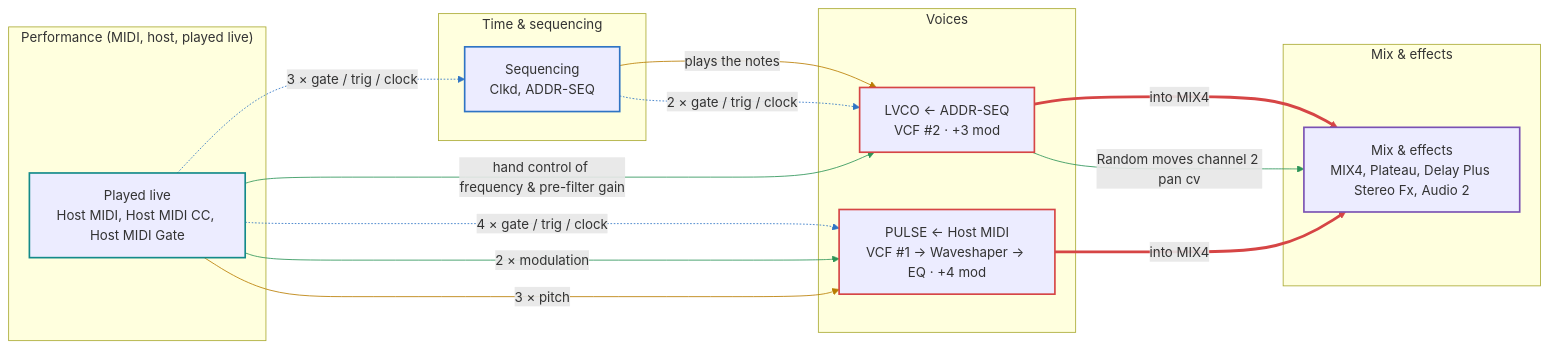
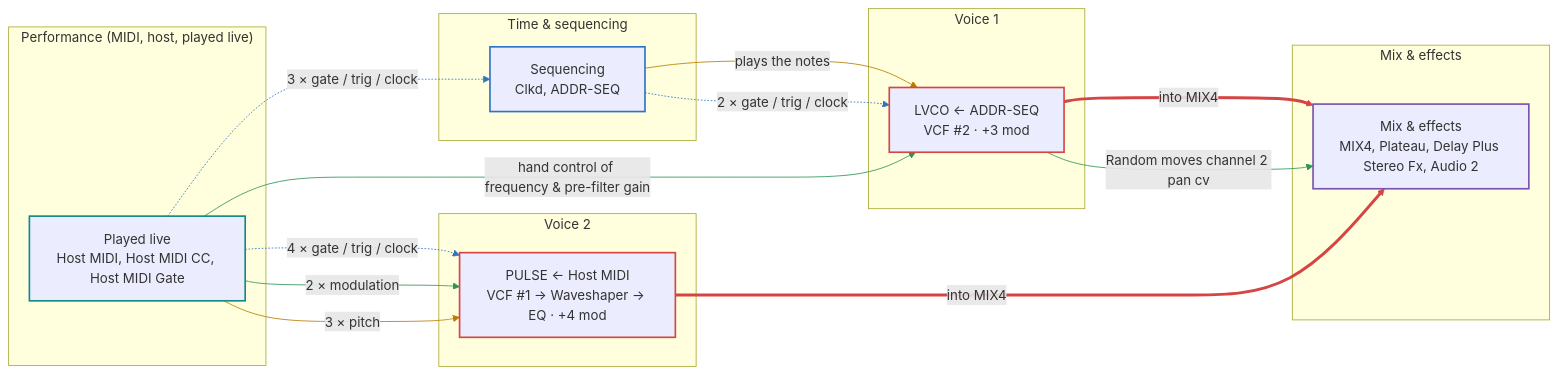
One commit to neilbgr/VcvPatchTools changed the diagram in README.md. Above: the diagram before and after it, drawn with Mermaid. The commit also changed other lines of this file and 14 other files, not shown here.

````diff
--- a/README.md
+++ b/README.md
@@ -32,46 +32,48 @@
 ```mermaid
 flowchart LR
   subgraph b0["Performance (MIDI, host, played live)"]
     n_g_external["Played live<br/>Host MIDI, Host MIDI CC, Host MIDI Gate"]:::performance
   end
   subgraph b1["Time & sequencing"]
     n_g_time["Sequencing<br/>Clkd, ADDR-SEQ"]:::time
   end
-  subgraph b2["Voices"]
+  subgraph b2["Voice 1"]
     n_g_voice_1["LVCO ← ADDR-SEQ<br/>VCF #2 · +3 mod"]:::source
+  end
+  subgraph b3["Voice 2"]
     n_g_voice_2["PULSE ← Host MIDI<br/>VCF #1 → Waveshaper → EQ · +4 mod"]:::source
   end
-  subgraph b3["Mix & effects"]
+  subgraph b4["Mix & effects"]
     n_g_bus["Mix & effects<br/>MIX4, Plateau, Delay Plus Stereo Fx, Audio 2"]:::mixer
   end
   n_g_voice_1 ==>|"into MIX4"| n_g_bus
   n_g_external -.->|"4 × gate / trig / clock"| n_g_voice_2
   n_g_external -->|"2 × modulation"| n_g_voice_2
   n_g_time -->|"plays the notes"| n_g_voice_1
   n_g_time -.->|"2 × gate / trig / clock"| n_g_voice_1
   n_g_external -->|"hand control of frequency & pre-filter gain"| n_g_voice_1
   n_g_voice_1 -->|"Random moves channel 2 pan cv"| n_g_bus
   n_g_external -.->|"3 × gate / trig / clock"| n_g_time
   n_g_external -->|"3 × pitch"| n_g_voice_2
   n_g_voice_2 ==>|"into MIX4"| n_g_bus
   linkStyle 0 stroke:#d64545
   linkStyle 1 stroke:#2f74c4
   linkStyle 2 stroke:#2c9457
   linkStyle 3 stroke:#b97d00
   linkStyle 4 stroke:#2f74c4
   linkStyle 5 stroke:#2c9457
   linkStyle 6 stroke:#2c9457
   linkStyle 7 stroke:#2f74c4
   linkStyle 8 stroke:#b97d00
   linkStyle 9 stroke:#d64545
   classDef time stroke:#2f74c4,stroke-width:2px
   classDef pitch stroke:#b97d00,stroke-width:2px
   classDef controller stroke:#2c9457,stroke-width:2px
   classDef source stroke:#d64545,stroke-width:2px
   classDef modifier stroke:#c2611f,stroke-width:2px
   classDef mixer stroke:#7a52b3,stroke-width:2px
   classDef effect stroke:#b0479a,stroke-width:2px
   classDef io stroke:#6b6b70,stroke-width:2px
   classDef performance stroke:#138a8a,stroke-width:2px
   classDef monitor stroke:#9a958a,stroke-width:1px,stroke-dasharray:2 3
 ```
````
